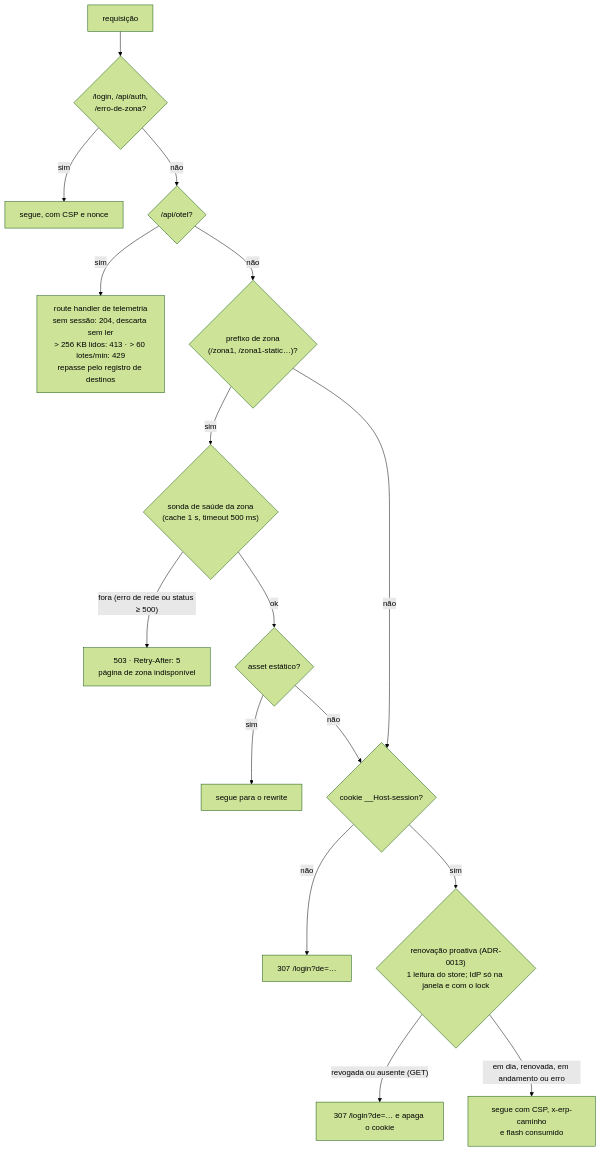
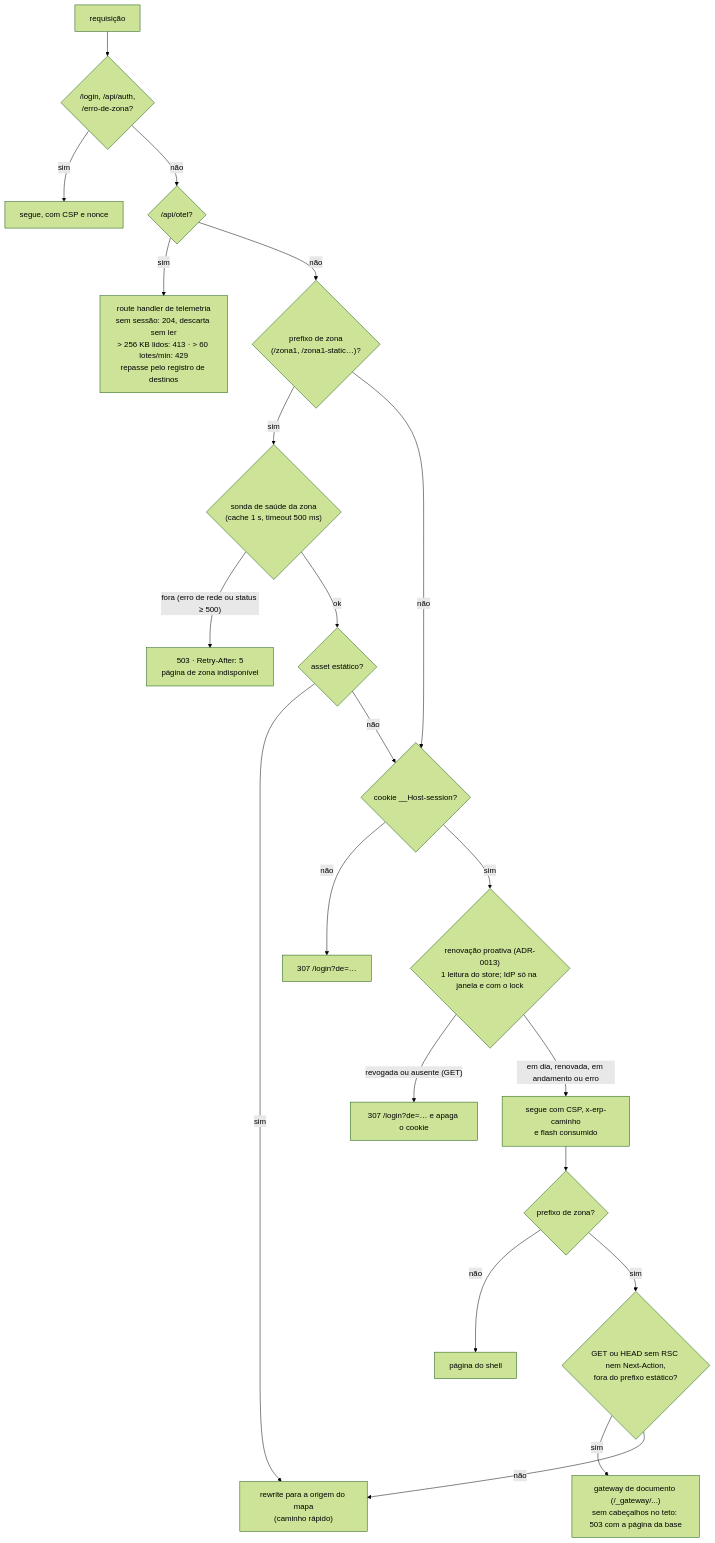
Before and after one commit to ArtroxGabriel/nextjs-mfe: the second of 5 diagrams in docs/arquitetura/atual.md, drawn with Mermaid (forest theme). The commit also changed other lines of this file and 14 other files, not shown here.

Commit message:
docs: C3 rules and documents (N8 reason, AGENTS invariant 4, live zone map in config, operation, zones, architecture, ADR-0015 notes and addendum, ADR-0008/0011/0014, D7 closed, D31 limits)

````diff
--- a/docs/arquitetura/atual.md
+++ b/docs/arquitetura/atual.md
@@ -56,18 +56,23 @@
 ```mermaid
 flowchart TD
     R["requisição"] --> P{"/login, /api/auth,<br/>/erro-de-zona?"}
     P -- sim --> PUB["segue, com CSP e nonce"]
     P -- não --> T{"/api/otel?"}
     T -- sim --> TEL["route handler de telemetria<br/>sem sessão: 204, descarta sem ler<br/>> 256 KB lidos: 413 · > 60 lotes/min: 429<br/>repasse pelo registro de destinos"]
     T -- não --> Z{"prefixo de zona<br/>(/zona1, /zona1-static…)?"}
     Z -- sim --> S{"sonda de saúde da zona<br/>(cache 1 s, timeout 500 ms)"}
     S -- "fora (erro de rede ou status ≥ 500)" --> E503["503 · Retry-After: 5<br/>página de zona indisponível"]
     S -- ok --> ST{"asset estático?"}
-    ST -- sim --> REW["segue para o rewrite"]
+    ST -- sim --> REW["rewrite para a origem do mapa<br/>(caminho rápido)"]
     ST -- não --> C{"cookie __Host-session?"}
     Z -- não --> C
     C -- não --> L["307 /login?de=…"]
     C -- sim --> RN{"renovação proativa (ADR-0013)<br/>1 leitura do store; IdP só na janela e com o lock"}
     RN -- "revogada ou ausente (GET)" --> L2["307 /login?de=… e apaga o cookie"]
     RN -- "em dia, renovada, em andamento ou erro" --> OK["segue com CSP, x-erp-caminho<br/>e flash consumido"]
+    OK --> ZR{"prefixo de zona?"}
+    ZR -- não --> PG["página do shell"]
+    ZR -- sim --> DOC{"GET ou HEAD sem RSC nem Next-Action,<br/>fora do prefixo estático?"}
+    DOC -- sim --> GWY["gateway de documento (/_gateway/...)<br/>sem cabeçalhos no teto: 503 com a página da base"]
+    DOC -- não --> REW
 ```
````
